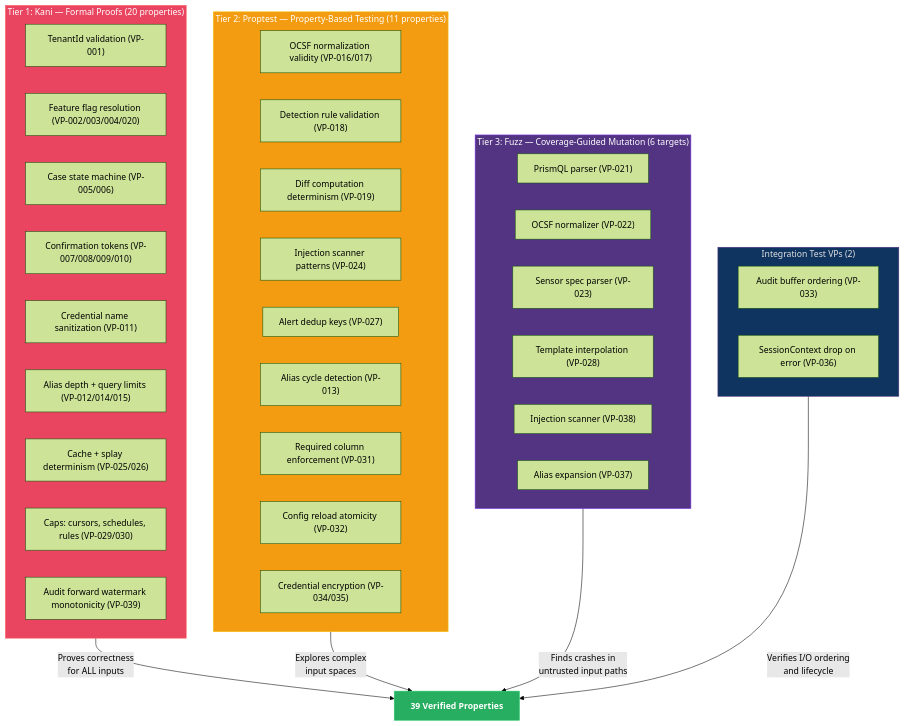
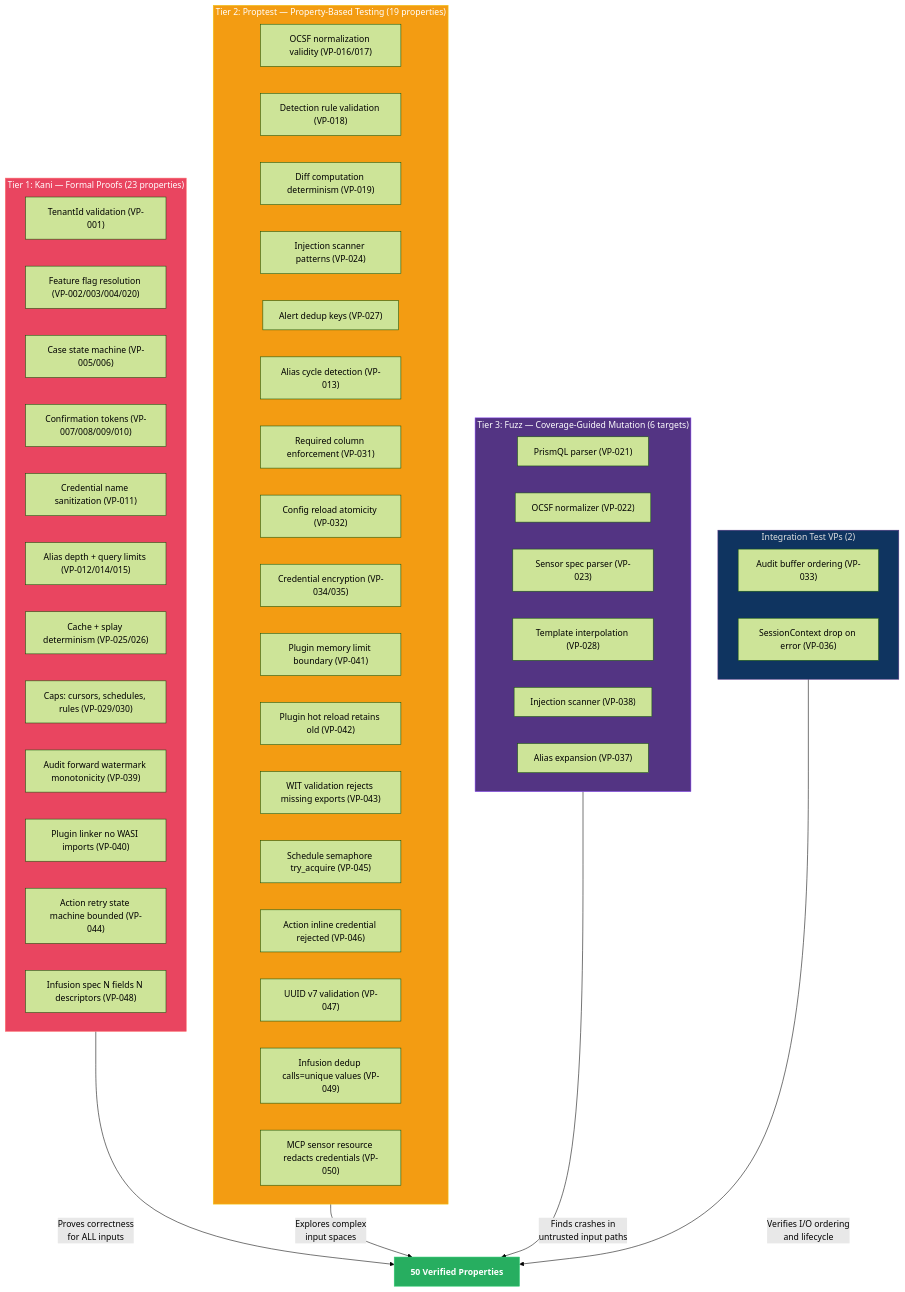
Before and after one commit to drbothen/prism: the diagram in specs/architecture/verification-architecture.md, drawn with Mermaid (forest theme). The commit also changed other lines of this file and 230 other files, not shown here.

````diff
--- a/specs/architecture/verification-architecture.md
+++ b/specs/architecture/verification-architecture.md
@@ -18,51 +22,62 @@
 ```mermaid
 graph TB
-    subgraph TIER1["Tier 1: Kani — Formal Proofs (20 properties)"]
+    subgraph TIER1["Tier 1: Kani — Formal Proofs (23 properties)"]
         K1["TenantId validation (VP-001)"]
         K2["Feature flag resolution (VP-002/003/004/020)"]
         K3["Case state machine (VP-005/006)"]
         K4["Confirmation tokens (VP-007/008/009/010)"]
         K5["Credential name sanitization (VP-011)"]
         K6["Alias depth + query limits (VP-012/014/015)"]
         K7["Cache + splay determinism (VP-025/026)"]
         K8["Caps: cursors, schedules, rules (VP-029/030)"]
         K9["Audit forward watermark monotonicity (VP-039)"]
+        K10["Plugin linker no WASI imports (VP-040)"]
+        K11["Action retry state machine bounded (VP-044)"]
+        K12["Infusion spec N fields N descriptors (VP-048)"]
     end
 
-    subgraph TIER2["Tier 2: Proptest — Property-Based Testing (11 properties)"]
+    subgraph TIER2["Tier 2: Proptest — Property-Based Testing (19 properties)"]
         P1["OCSF normalization validity (VP-016/017)"]
         P2["Detection rule validation (VP-018)"]
         P3["Diff computation determinism (VP-019)"]
         P4["Injection scanner patterns (VP-024)"]
         P5["Alert dedup keys (VP-027)"]
         P6["Alias cycle detection (VP-013)"]
         P7["Required column enforcement (VP-031)"]
         P8["Config reload atomicity (VP-032)"]
         P9["Credential encryption (VP-034/035)"]
+        P10["Plugin memory limit boundary (VP-041)"]
+        P11["Plugin hot reload retains old (VP-042)"]
+        P12["WIT validation rejects missing exports (VP-043)"]
+        P13["Schedule semaphore try_acquire (VP-045)"]
+        P14["Action inline credential rejected (VP-046)"]
+        P15["UUID v7 validation (VP-047)"]
+        P16["Infusion dedup calls=unique values (VP-049)"]
+        P17["MCP sensor resource redacts credentials (VP-050)"]
     end
 
     subgraph TIER3["Tier 3: Fuzz — Coverage-Guided Mutation (6 targets)"]
         F1["PrismQL parser (VP-021)"]
         F2["OCSF normalizer (VP-022)"]
         F3["Sensor spec parser (VP-023)"]
         F4["Template interpolation (VP-028)"]
         F5["Injection scanner (VP-038)"]
         F6["Alias expansion (VP-037)"]
     end
 
     subgraph INTEG["Integration Test VPs (2)"]
         I1["Audit buffer ordering (VP-033)"]
         I2["SessionContext drop on error (VP-036)"]
     end
 
-    TIER1 -->|"Proves correctness<br/>for ALL inputs"| SAFE["39 Verified Properties"]
+    TIER1 -->|"Proves correctness<br/>for ALL inputs"| SAFE["50 Verified Properties"]
     TIER2 -->|"Explores complex<br/>input spaces"| SAFE
     TIER3 -->|"Finds crashes in<br/>untrusted input paths"| SAFE
     INTEG -->|"Verifies I/O ordering<br/>and lifecycle"| SAFE
 
     style TIER1 fill:#e94560,stroke:#ff6b6b,color:#fff
     style TIER2 fill:#f39c12,stroke:#f1c40f,color:#fff
     style TIER3 fill:#533483,stroke:#7c3aed,color:#fff
     style INTEG fill:#0f3460,stroke:#533483,color:#e0e0e0
     style SAFE fill:#27ae60,stroke:#2ecc71,color:#fff,font-weight:bold
 ```
````
